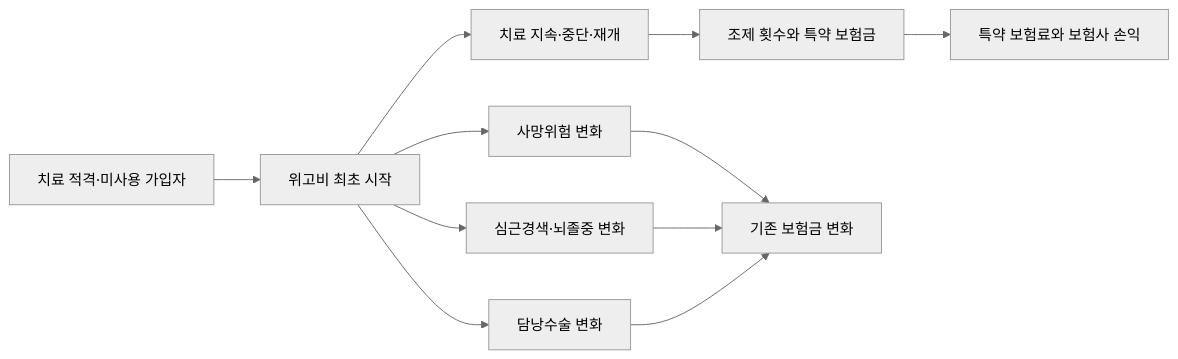
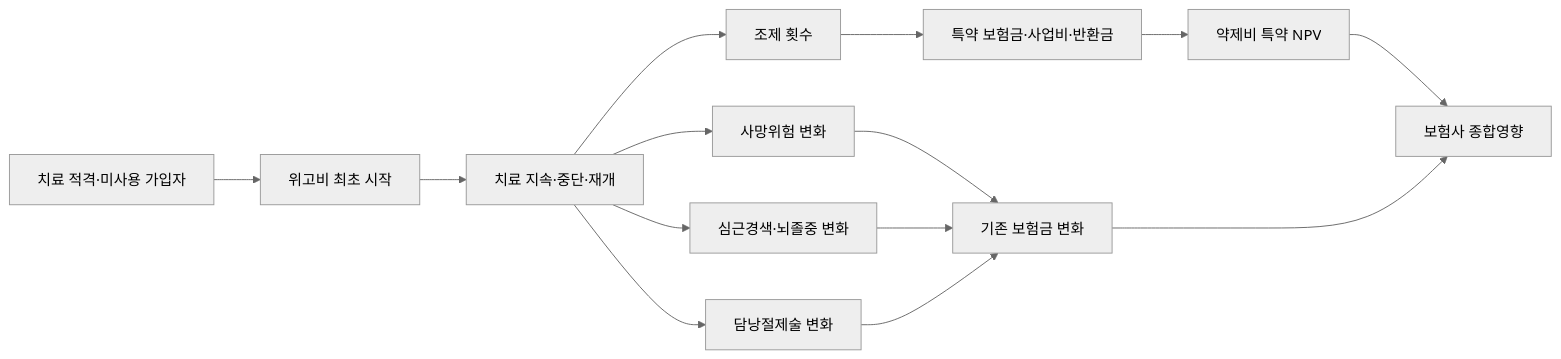
One commit to Dana-J2/glp1_pricing_analysis changed the diagram in README.md. Above: the diagram before and after it, drawn with Mermaid (neutral theme). The commit also changed other lines of this file, not shown here.

````diff
--- a/README.md
+++ b/README.md
@@ -22,15 +23,20 @@
 ```mermaid
 flowchart LR
     A[치료 적격·미사용 가입자] --> B[위고비 최초 시작]
     B --> C[치료 지속·중단·재개]
-    C --> D[조제 횟수와 특약 보험금]
-    D --> E[특약 보험료와 보험사 손익]
 
-    B --> F[사망위험 변화]
-    B --> G[심근경색·뇌졸중 변화]
-    B --> H[담낭수술 변화]
+    C --> D[조제 횟수]
+    D --> E[특약 보험금·사업비·반환금]
+    E --> F[약제비 특약 NPV]
 
-    F --> I[기존 보험금 변화]
-    G --> I
-    H --> I
+    C --> G[사망위험 변화]
+    C --> H[심근경색·뇌졸중 변화]
+    C --> I[담낭절제술 변화]
+
+    G --> J[기존 보험금 변화]
+    H --> J
+    I --> J
+
+    F --> K[보험사 종합영향]
+    J --> K
 ```
````
